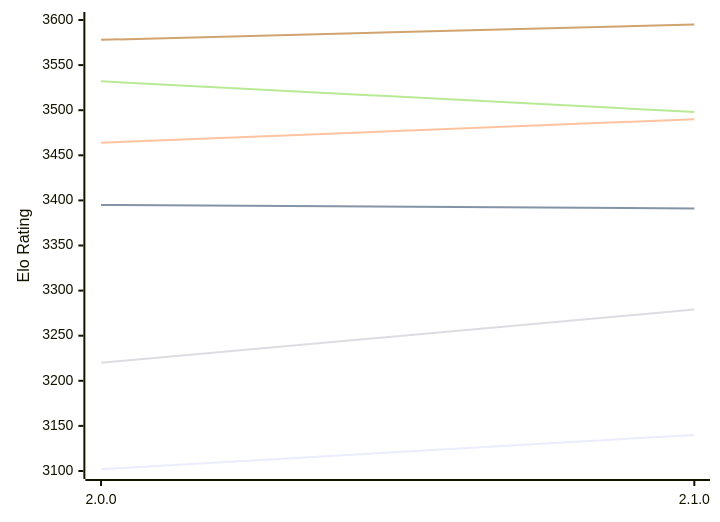
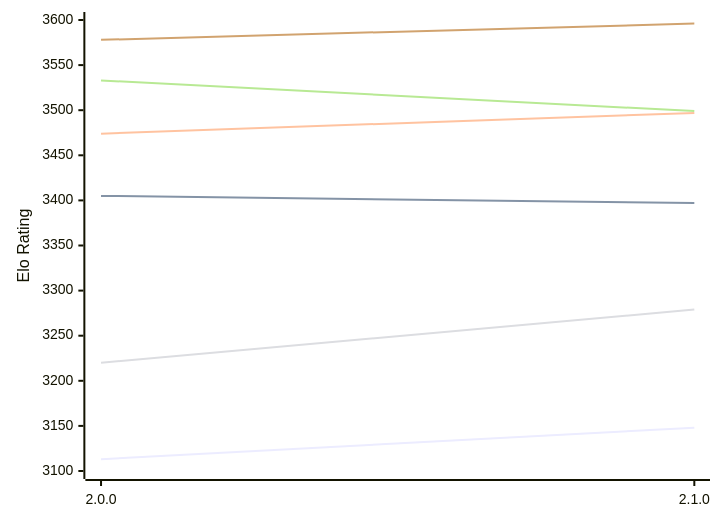
The diagram in engines/Sapling.md (computer-chess-index/cci), drawn with Mermaid before and after one commit. The commit also changed other lines of this file, not shown here.

Commit message:
Update CCI Ratings (ELO VLTC) - 2026-11-07

````diff
--- a/engines/Sapling.md
+++ b/engines/Sapling.md
@@ -49,12 +49,12 @@
 ```mermaid
 %%{init: {"theme":"base","themeVariables":{"seriesColors:['#a3a3a3','#222221','#faa371']}}}%%
 xychart-beta
   x-axis ["2.0.0", "2.1.0"]
   y-axis "Elo Rating" 3100 --> 3600
-  line "E1: STC (8.0+0.08s)" [3102, 3140]
-  line "E1: LTC (60.0+0.60s)" [3395, 3391]
-  line "E1: VLTC (2m24s+1.12s)" [3464, 3490]
+  line "E1: STC (8.0+0.08s)" [3113, 3148]
+  line "E1: LTC (60.0+0.60s)" [3405, 3397]
+  line "E1: VLTC (2m24s+1.12s)" [3474, 3497]
   line "P1: STC (8.0+0.08s)" [3220, 3279]
-  line "P1: LTC (60.0+0.60s)" [3532, 3498]
-  line "P1: VLTC (2m24s+1.12s)" [3578, 3595]
+  line "P1: LTC (60.0+0.60s)" [3533, 3499]
+  line "P1: VLTC (2m24s+1.12s)" [3578, 3596]
 ```
````
